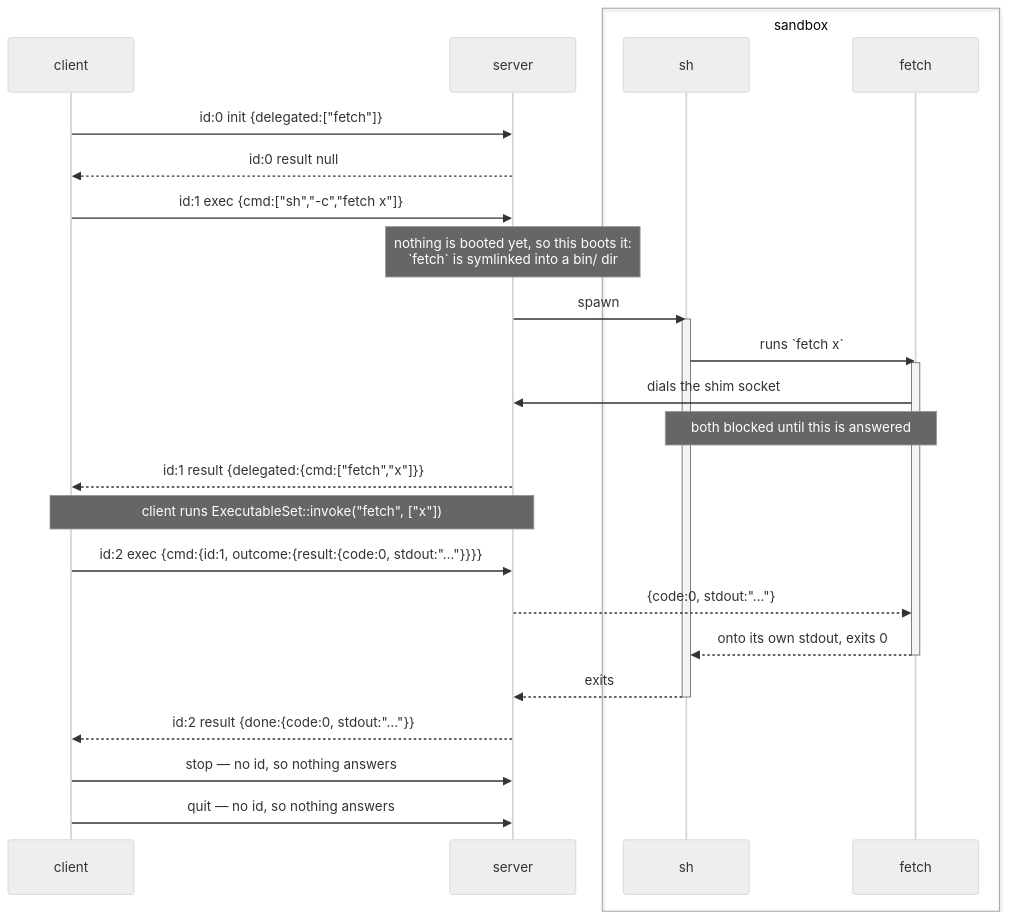
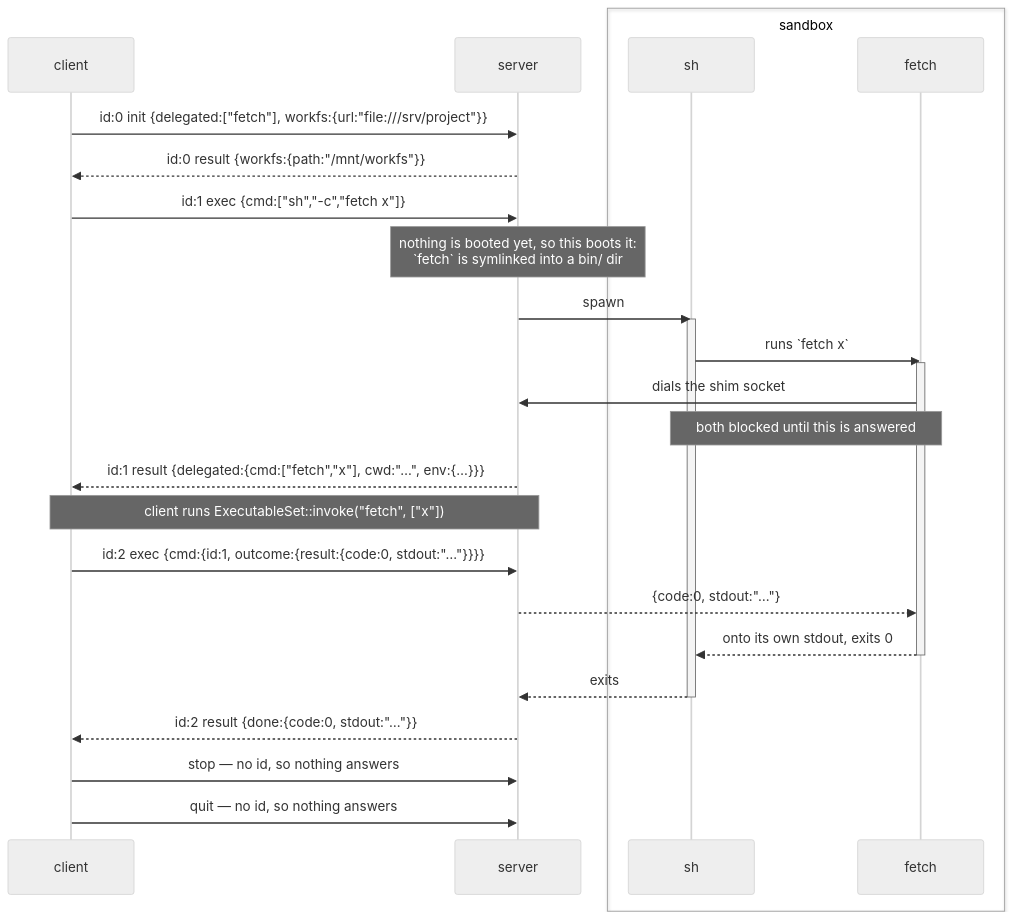
The first of 2 diagrams in cortex/src/console/ARCHITECTURE.md (brekkylab/cortex), drawn with Mermaid (neutral theme) before and after one commit. The commit also changed other lines of this file and 146 other files, not shown here.

````diff
--- a/cortex/src/console/ARCHITECTURE.md
+++ b/cortex/src/console/ARCHITECTURE.md
@@ -475,33 +564,33 @@
 ```mermaid
 sequenceDiagram
     participant client
     participant server
     box transparent sandbox
         participant sh
         participant shim as fetch
     end
 
-    client->>server: id:0 init {delegated:["fetch"]}
-    server-->>client: id:0 result null
+    client->>server: id:0 init {delegated:["fetch"], workfs:{url:"file:///srv/project"}}
+    server-->>client: id:0 result {workfs:{path:"/mnt/workfs"}}
 
     client->>server: id:1 exec {cmd:["sh","-c","fetch x"]}
     Note over server: nothing is booted yet, so this boots it:<br/>`fetch` is symlinked into a bin/ dir
     server->>sh: spawn
     activate sh
     sh->>shim: runs `fetch x`
     activate shim
     shim->>server: dials the shim socket
     Note over sh,shim: both blocked until this is answered
-    server-->>client: id:1 result {delegated:{cmd:["fetch","x"]}}
+    server-->>client: id:1 result {delegated:{cmd:["fetch","x"], cwd:"…", env:{…}}}
     Note over client,server: client runs ExecutableSet::invoke("fetch", ["x"])
     client->>server: id:2 exec {cmd:{id:1, outcome:{result:{code:0, stdout:"…"}}}}
     server-->>shim: {code:0, stdout:"…"}
     shim-->>sh: onto its own stdout, exits 0
     deactivate shim
     sh-->>server: exits
     deactivate sh
     server-->>client: id:2 result {done:{code:0, stdout:"…"}}
 
     client->>server: stop — no id, so nothing answers
     client->>server: quit — no id, so nothing answers
 ```
````
